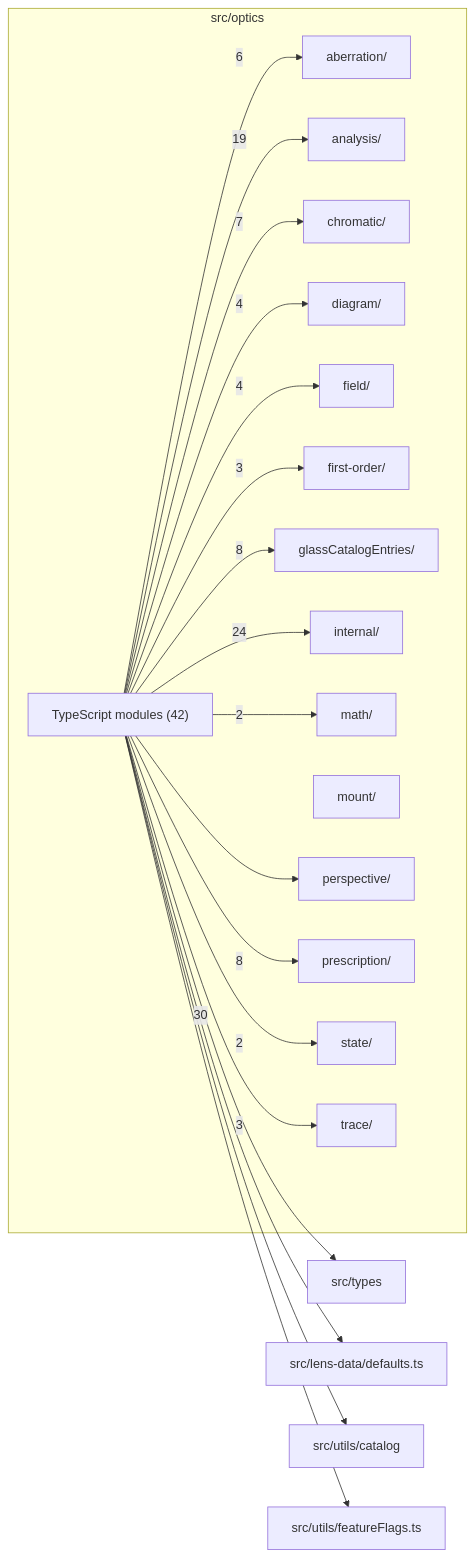
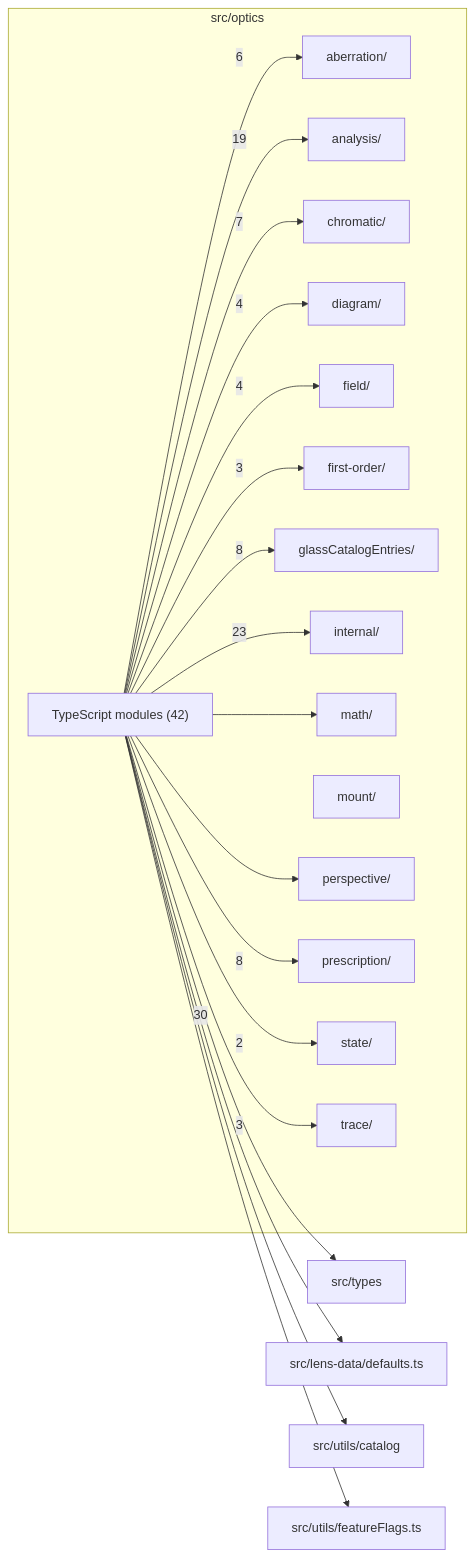
Before and after one commit to ronbuening/LensVisualizer: the diagram in src/optics/readme.md, drawn with Mermaid. The commit also changed other lines of this file and 28 other files, not shown here.

````diff
--- a/src/optics/readme.md
+++ b/src/optics/readme.md
@@ -9,41 +9,41 @@
 ```mermaid
 flowchart LR
   subgraph n_src_optics["src/optics"]
     n_src_optics_src_optics_aberration["aberration/"]
     n_src_optics_src_optics_analysis["analysis/"]
     n_src_optics_src_optics_chromatic["chromatic/"]
     n_src_optics_src_optics_diagram["diagram/"]
     n_src_optics_src_optics_field["field/"]
     n_src_optics_src_optics_first_order["first-order/"]
     n_src_optics_src_optics_glassCatalogEntries["glassCatalogEntries/"]
     n_src_optics_src_optics_internal["internal/"]
     n_src_optics_src_optics_math["math/"]
     n_src_optics_src_optics_mount["mount/"]
     n_src_optics_src_optics_perspective["perspective/"]
     n_src_optics_src_optics_prescription["prescription/"]
     n_src_optics_src_optics_state["state/"]
     n_src_optics_src_optics_trace["trace/"]
     n_src_optics_TypeScript_modules["TypeScript modules (42)"]
   end
   n_external_src_types["src/types"]
   n_external_src_lens_data_defaults_ts["src/lens-data/defaults.ts"]
   n_external_src_utils_catalog["src/utils/catalog"]
   n_external_src_utils_featureFlags_ts["src/utils/featureFlags.ts"]
   n_src_optics_TypeScript_modules --> |30| n_external_src_types
-  n_src_optics_TypeScript_modules --> |24| n_src_optics_src_optics_internal
+  n_src_optics_TypeScript_modules --> |23| n_src_optics_src_optics_internal
   n_src_optics_TypeScript_modules --> |19| n_src_optics_src_optics_analysis
   n_src_optics_TypeScript_modules --> |8| n_src_optics_src_optics_glassCatalogEntries
   n_src_optics_TypeScript_modules --> |8| n_src_optics_src_optics_prescription
   n_src_optics_TypeScript_modules --> |7| n_src_optics_src_optics_chromatic
   n_src_optics_TypeScript_modules --> |6| n_src_optics_src_optics_aberration
   n_src_optics_TypeScript_modules --> |4| n_src_optics_src_optics_diagram
   n_src_optics_TypeScript_modules --> |4| n_src_optics_src_optics_field
   n_src_optics_TypeScript_modules --> |3| n_src_optics_src_optics_first_order
   n_src_optics_TypeScript_modules --> |3| n_src_optics_src_optics_trace
-  n_src_optics_TypeScript_modules --> |2| n_src_optics_src_optics_math
   n_src_optics_TypeScript_modules --> |2| n_src_optics_src_optics_state
   n_src_optics_TypeScript_modules --> n_external_src_lens_data_defaults_ts
   n_src_optics_TypeScript_modules --> n_external_src_utils_catalog
   n_src_optics_TypeScript_modules --> n_external_src_utils_featureFlags_ts
+  n_src_optics_TypeScript_modules --> n_src_optics_src_optics_math
   n_src_optics_TypeScript_modules --> n_src_optics_src_optics_perspective
 ```
````
